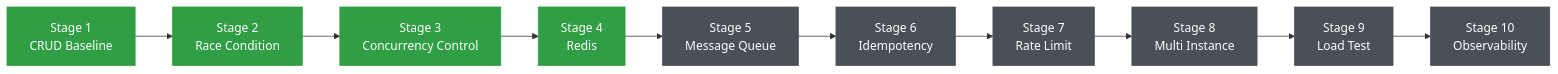
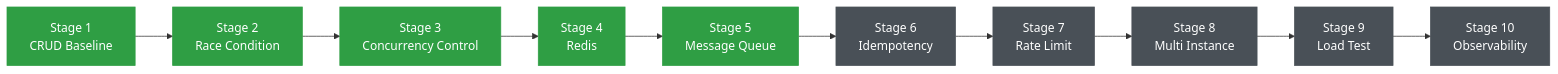
The first of 5 diagrams in README.md (kaikaizhen/High-Concurrency-Flash-Sale-System), drawn with Mermaid before and after one commit. The commit also changed other lines of this file and 51 other files, not shown here.

````diff
--- a/README.md
+++ b/README.md
@@ -31,17 +31,17 @@
 ```mermaid
 flowchart LR
     S1["Stage 1<br/>CRUD Baseline"] --> S2["Stage 2<br/>Race Condition"]
     S2 --> S3["Stage 3<br/>Concurrency Control"]
     S3 --> S4["Stage 4<br/>Redis"]
     S4 --> S5["Stage 5<br/>Message Queue"]
     S5 --> S6["Stage 6<br/>Idempotency"]
     S6 --> S7["Stage 7<br/>Rate Limit"]
     S7 --> S8["Stage 8<br/>Multi Instance"]
     S8 --> S9["Stage 9<br/>Load Test"]
     S9 --> S10["Stage 10<br/>Observability"]
 
     classDef done fill:#2f9e44,stroke:#2f9e44,color:#fff
     classDef todo fill:#495057,stroke:#495057,color:#fff
-    class S1,S2,S3,S4 done
-    class S5,S6,S7,S8,S9,S10 todo
+    class S1,S2,S3,S4,S5 done
+    class S6,S7,S8,S9,S10 todo
 ```
````
